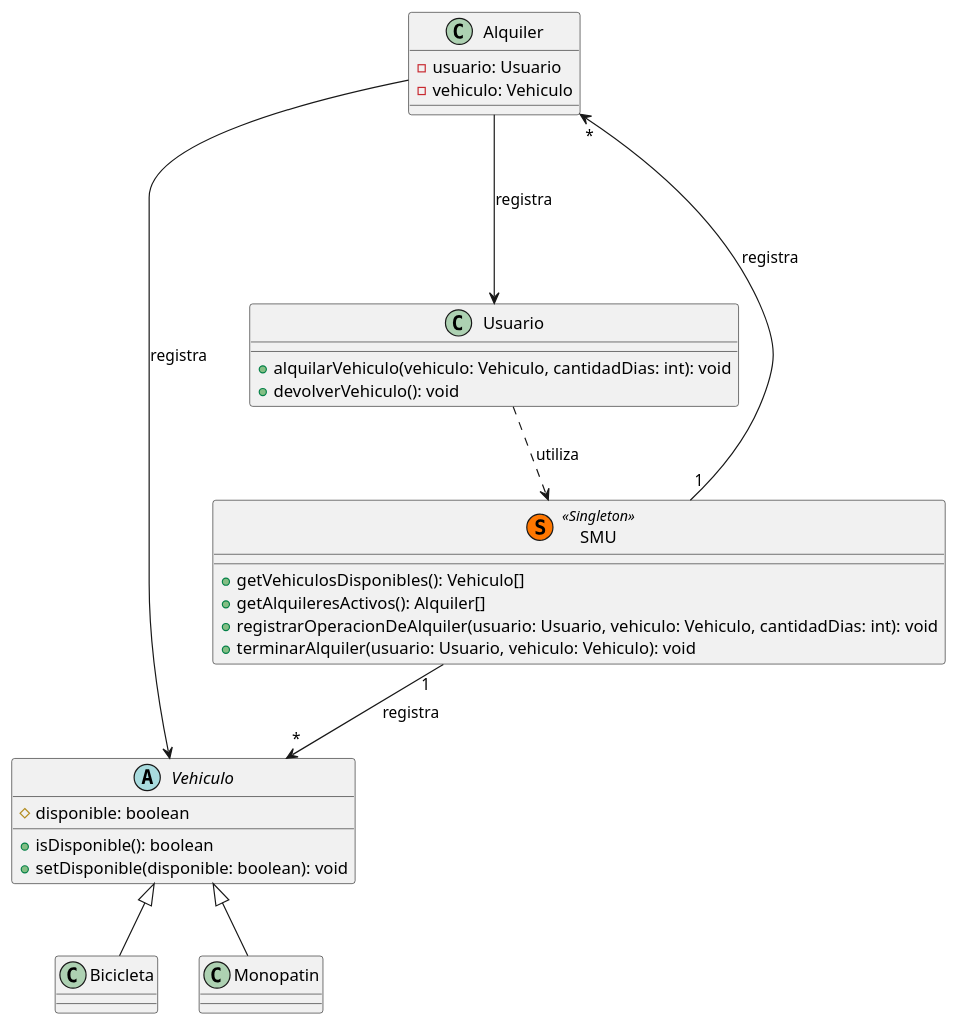
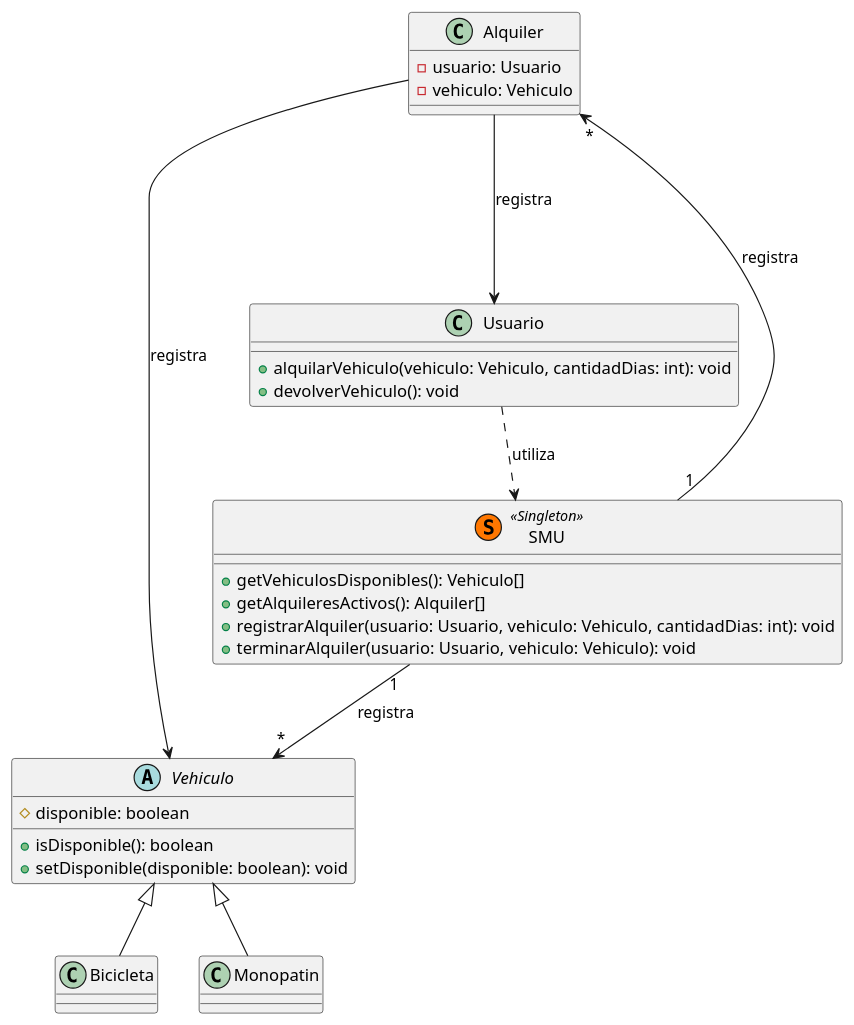
One commit to unahur-obj2-2026c1/movilidad-urbana-CreadorSW changed the diagram in uml/diagrama_clases.puml. Above: the diagram before and after it, drawn with PlantUML. The commit also changed 1 other file, not shown here.

Commit message:
actualizar smu uml

```diff
--- a/uml/diagrama_clases.puml
+++ b/uml/diagrama_clases.puml
@@ -1,42 +1,42 @@
 @startuml
 abstract class Vehiculo {
   #disponible: boolean
   +isDisponible(): boolean
   +setDisponible(disponible: boolean): void
 }
 
 class Bicicleta extends Vehiculo {
 }
 
 class Monopatin extends Vehiculo {
 }
 
 class Usuario {
 
     +alquilarVehiculo(vehiculo: Vehiculo, cantidadDias: int): void
     +devolverVehiculo(): void
 
 }
 
 class Alquiler {
     -usuario: Usuario
     -vehiculo: Vehiculo
 
 }
 
 class SMU << (S,#FF7700) Singleton >> {
     +getVehiculosDisponibles(): Vehiculo[]
     +getAlquileresActivos(): Alquiler[]
-    +registrarOperacionDeAlquiler(usuario: Usuario, vehiculo: Vehiculo, cantidadDias: int): void
+    +registrarAlquiler(usuario: Usuario, vehiculo: Vehiculo, cantidadDias: int): void
     +terminarAlquiler(usuario: Usuario, vehiculo: Vehiculo): void
 
 }
 
 '=== RELACIONES ==='
 SMU "1" --> "*" Alquiler : registra
 SMU "1" --> "*" Vehiculo : registra
 Alquiler ---> Usuario : registra
 Alquiler ---> Vehiculo : registra
 Usuario ..> SMU : utiliza
 
 @enduml
```
